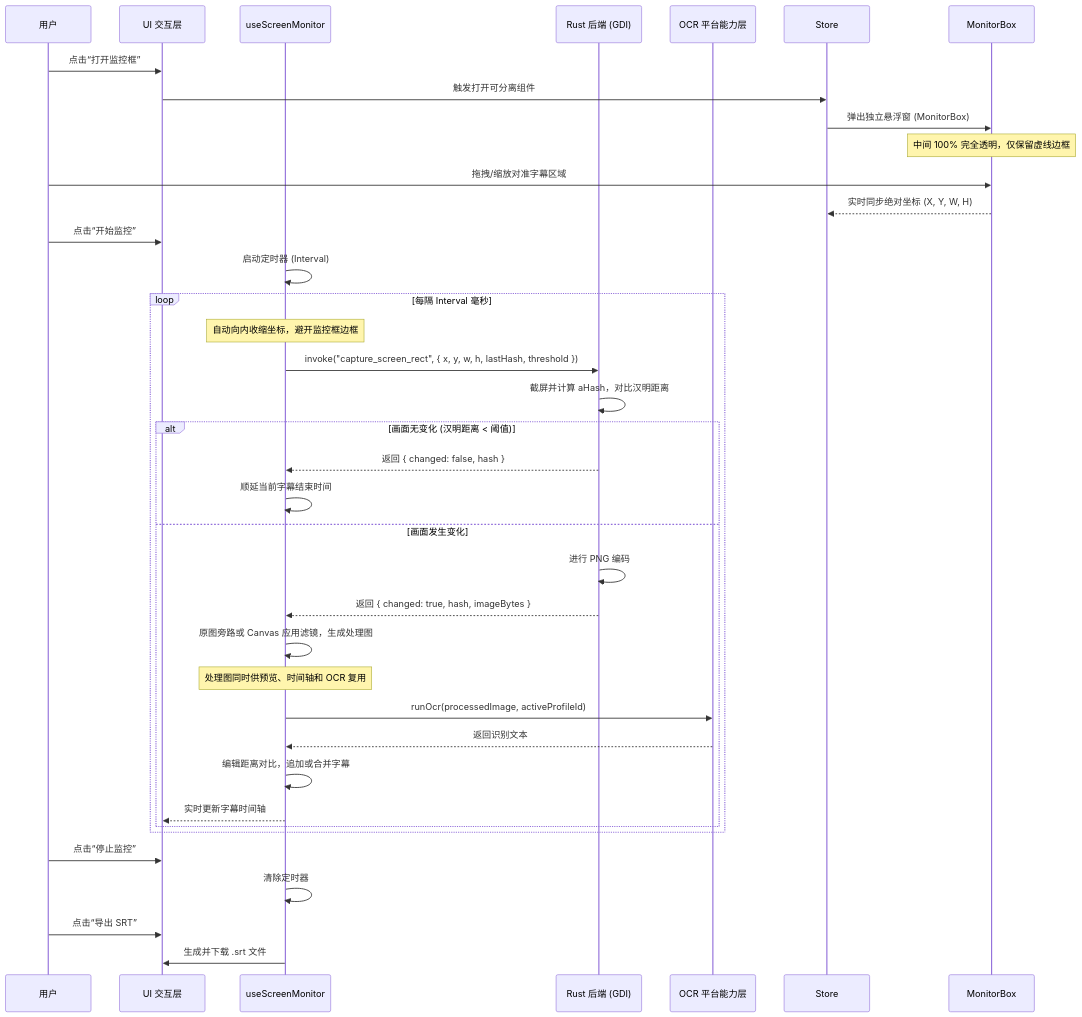
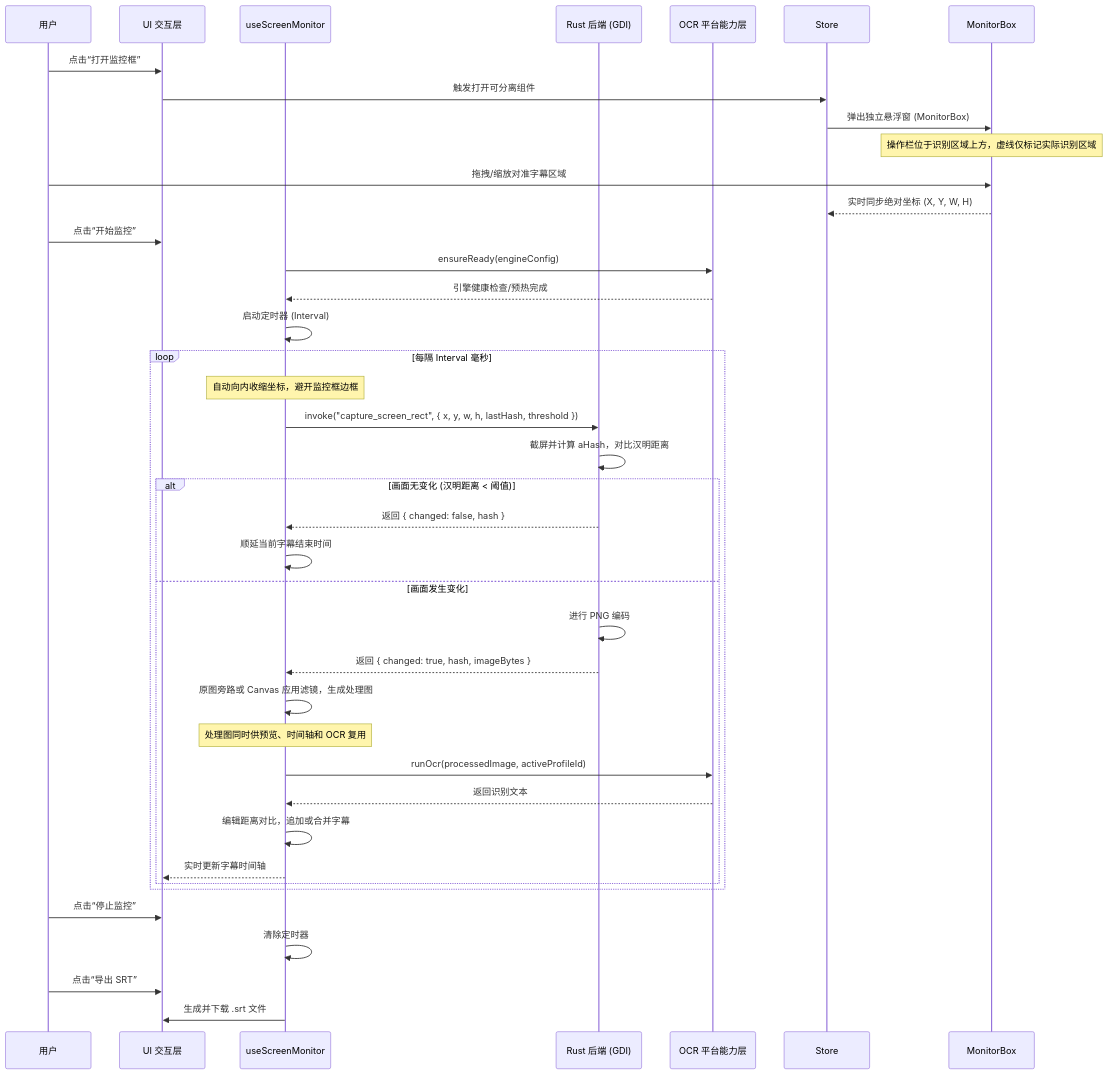
The diagram in src/tools/realtime-subtitle-ocr/ARCHITECTURE.md (miaotouy/aio-hub), drawn with Mermaid before and after one commit. The commit also changed other lines of this file and 14 other files, not shown here.

````diff
--- a/src/tools/realtime-subtitle-ocr/ARCHITECTURE.md
+++ b/src/tools/realtime-subtitle-ocr/ARCHITECTURE.md
@@ -128,42 +129,44 @@
 ```mermaid
 sequenceDiagram
     participant User as 用户
     participant UI as UI 交互层
     participant Composable as useScreenMonitor
     participant Rust as Rust 后端 (GDI)
     participant Platform as OCR 平台能力层
 
     User->>UI: 点击“打开监控框”
     UI->>Store: 触发打开可分离组件
     Store->>MonitorBox: 弹出独立悬浮窗 (MonitorBox)
-    Note over MonitorBox: 中间 100% 完全透明，仅保留虚线边框
+    Note over MonitorBox: 操作栏位于识别区域上方，虚线仅标记实际识别区域
     User->>MonitorBox: 拖拽/缩放对准字幕区域
     MonitorBox-->>Store: 实时同步绝对坐标 (X, Y, W, H)
 
     User->>UI: 点击“开始监控”
+    Composable->>Platform: ensureReady(engineConfig)
+    Platform-->>Composable: 引擎健康检查/预热完成
     Composable->>Composable: 启动定时器 (Interval)
 
     loop 每隔 Interval 毫秒
         Note over Composable: 自动向内收缩坐标，避开监控框边框
         Composable->>Rust: invoke("capture_screen_rect", { x, y, w, h, lastHash, threshold })
         Rust->>Rust: 截屏并计算 aHash，对比汉明距离
         alt 画面无变化 (汉明距离 < 阈值)
             Rust-->>Composable: 返回 { changed: false, hash }
             Composable->>Composable: 顺延当前字幕结束时间
         else 画面发生变化
             Rust->>Rust: 进行 PNG 编码
             Rust-->>Composable: 返回 { changed: true, hash, imageBytes }
             Composable->>Composable: 原图旁路或 Canvas 应用滤镜，生成处理图
             Note over Composable: 处理图同时供预览、时间轴和 OCR 复用
             Composable->>Platform: runOcr(processedImage, activeProfileId)
             Platform-->>Composable: 返回识别文本
             Composable->>Composable: 编辑距离对比，追加或合并字幕
             Composable-->>UI: 实时更新字幕时间轴
         end
     end
 
     User->>UI: 点击“停止监控”
     Composable->>Composable: 清除定时器
     User->>UI: 点击“导出 SRT”
     Composable->>UI: 生成并下载 .srt 文件
 ```
````
